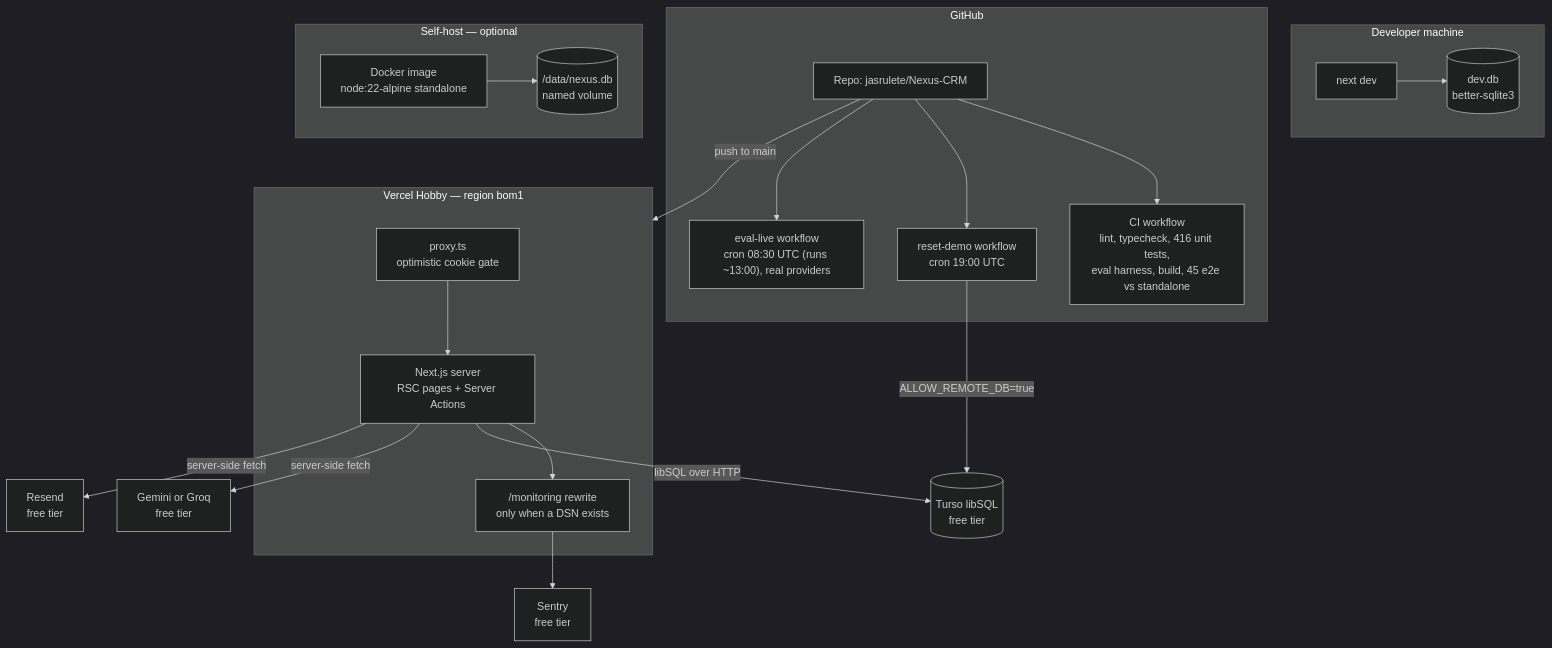
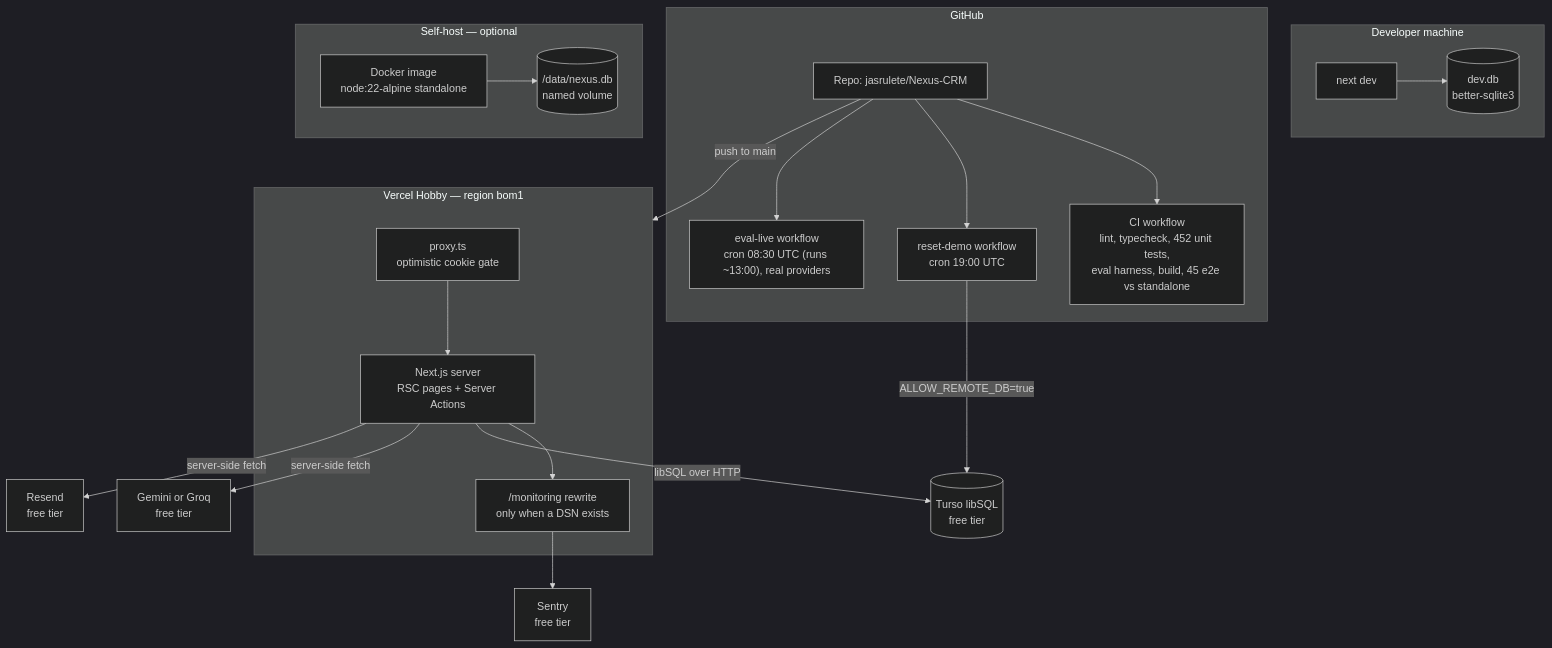
Before and after one commit to jasrulete/Nexus-CRM: the first of 2 diagrams in docs/TECHNICAL-DESIGN.md, drawn with Mermaid (dark theme). The commit also changed other lines of this file and 9 other files, not shown here.

````diff
--- a/docs/TECHNICAL-DESIGN.md
+++ b/docs/TECHNICAL-DESIGN.md
@@ -82,44 +82,44 @@
 ```mermaid
 flowchart TB
     subgraph dev["Developer machine"]
         NEXTDEV["next dev"]
         FILE[("dev.db<br/>better-sqlite3")]
         NEXTDEV --> FILE
     end
 
     subgraph gh["GitHub"]
         REPO["Repo: jasrulete/Nexus-CRM"]
-        CI["CI workflow<br/>lint, typecheck, 416 unit tests,<br/>eval harness, build, 45 e2e vs standalone"]
+        CI["CI workflow<br/>lint, typecheck, 452 unit tests,<br/>eval harness, build, 45 e2e vs standalone"]
         RESET["reset-demo workflow<br/>cron 19:00 UTC"]
         EVAL["eval-live workflow<br/>cron 08:30 UTC (runs ~13:00), real providers"]
         REPO --> CI
         REPO --> RESET
         REPO --> EVAL
     end
 
     subgraph vercel["Vercel Hobby — region bom1"]
         PROXY["proxy.ts<br/>optimistic cookie gate"]
         APP["Next.js server<br/>RSC pages + Server Actions"]
         TUNNEL["/monitoring rewrite<br/>only when a DSN exists"]
         PROXY --> APP
         APP --> TUNNEL
     end
 
     subgraph selfhost["Self-host — optional"]
         DOCKER["Docker image<br/>node:22-alpine standalone"]
         VOL[("/data/nexus.db<br/>named volume")]
         DOCKER --> VOL
     end
 
     TURSO[("Turso libSQL<br/>free tier")]
     AI["Gemini or Groq<br/>free tier"]
     RESEND["Resend<br/>free tier"]
     SENTRY["Sentry<br/>free tier"]
 
     REPO -- "push to main" --> vercel
     APP -- "libSQL over HTTP" --> TURSO
     RESET -- "ALLOW_REMOTE_DB=true" --> TURSO
     APP -- "server-side fetch" --> AI
     APP -- "server-side fetch" --> RESEND
     TUNNEL --> SENTRY
 ```
````
